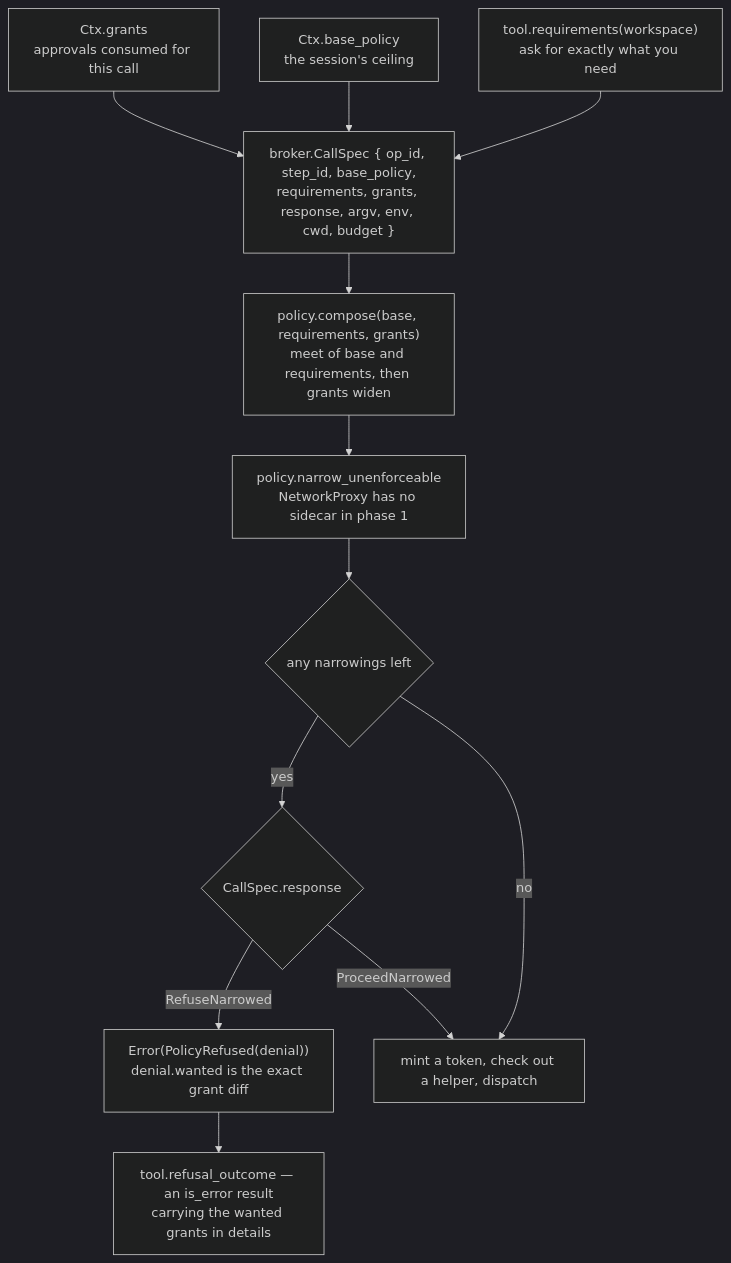
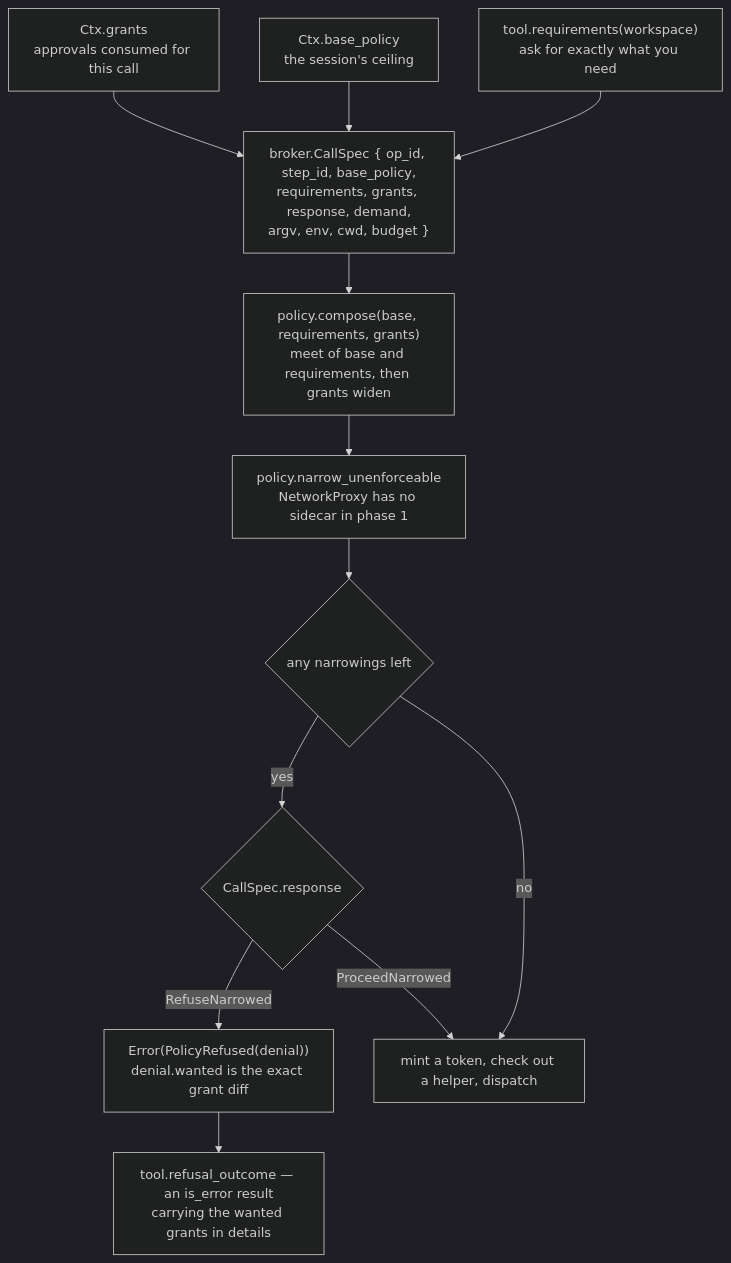
One commit to Roasbeef/loom changed the second of 4 diagrams in packages/tools/README.md. Above: the diagram before and after it, drawn with Mermaid (dark theme). The commit also changed other lines of this file, not shown here.

````diff
--- a/packages/tools/README.md
+++ b/packages/tools/README.md
@@ -66,23 +140,23 @@
 ```mermaid
 flowchart TD
     R["tool.requirements(workspace)<br/>ask for exactly what you need"]
     B["Ctx.base_policy<br/>the session's ceiling"]
     G["Ctx.grants<br/>approvals consumed for this call"]
-    SPEC["broker.CallSpec { op_id, step_id, base_policy,<br/>requirements, grants, response, argv, env, cwd, budget }"]
+    SPEC["broker.CallSpec { op_id, step_id, base_policy,<br/>requirements, grants, response, demand,<br/>argv, env, cwd, budget }"]
     C["policy.compose(base, requirements, grants)<br/>meet of base and requirements, then grants widen"]
     N["policy.narrow_unenforceable<br/>NetworkProxy has no sidecar in phase 1"]
     Q{"any narrowings left"}
     RESP{"CallSpec.response"}
     REF["Error(PolicyRefused(denial))<br/>denial.wanted is the exact grant diff"]
     RUN["mint a token, check out a helper, dispatch"]
     OUT["tool.refusal_outcome — an is_error result<br/>carrying the wanted grants in details"]
 
     R --> SPEC
     B --> SPEC
     G --> SPEC
     SPEC --> C --> N --> Q
     Q -->|no| RUN
     Q -->|yes| RESP
     RESP -->|RefuseNarrowed| REF --> OUT
     RESP -->|ProceedNarrowed| RUN
 ```
````
